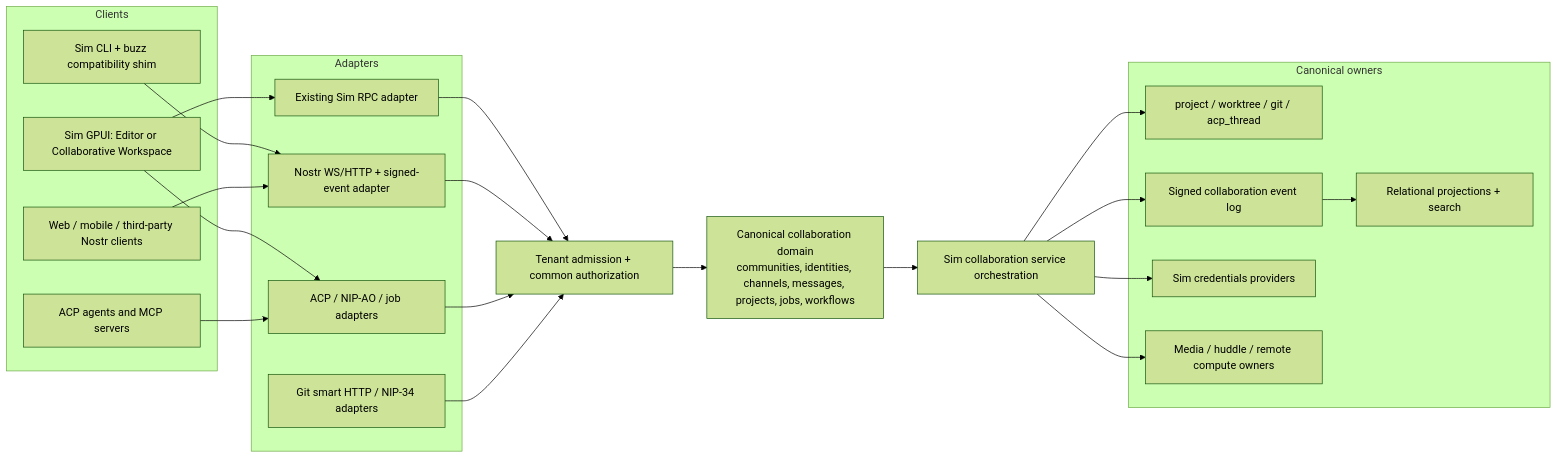
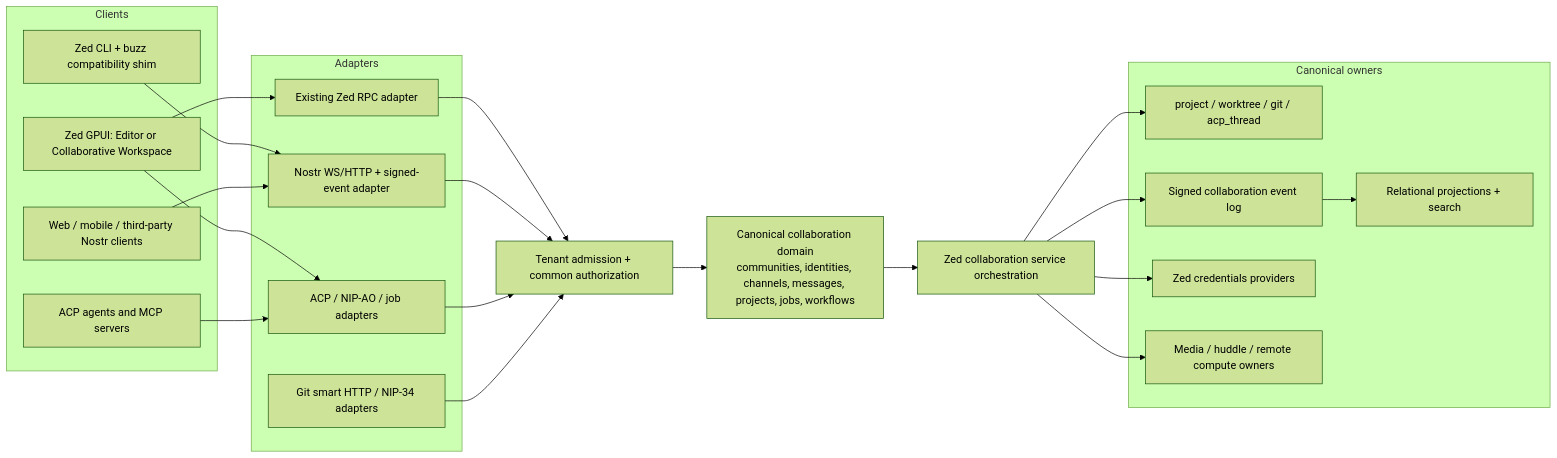
The first of 3 diagrams in .agents/specs/collaborative-workspace/design.md (imagineerings/xor), drawn with Mermaid (forest theme) before and after one commit. The commit also changed other lines of this file and 2547 other files, not shown here.

````diff
--- a/.agents/specs/collaborative-workspace/design.md
+++ b/.agents/specs/collaborative-workspace/design.md
@@ -21,45 +21,45 @@
 ```mermaid
 flowchart LR
     subgraph Clients
-        GPUI["Sim GPUI: Editor or Collaborative Workspace"]
-        CLI["Sim CLI + buzz compatibility shim"]
+        GPUI["Zed GPUI: Editor or Collaborative Workspace"]
+        CLI["Zed CLI + buzz compatibility shim"]
         WEB["Web / mobile / third-party Nostr clients"]
         AGENT["ACP agents and MCP servers"]
     end
 
     subgraph Adapters
-        RPC["Existing Sim RPC adapter"]
+        RPC["Existing Zed RPC adapter"]
         NOSTR["Nostr WS/HTTP + signed-event adapter"]
         ACP["ACP / NIP-AO / job adapters"]
         GITWIRE["Git smart HTTP / NIP-34 adapters"]
     end
 
     DOMAIN["Canonical collaboration domain\ncommunities, identities, channels, messages, projects, jobs, workflows"]
     AUTH["Tenant admission + common authorization"]
-    SERVICE["Sim collaboration service orchestration"]
+    SERVICE["Zed collaboration service orchestration"]
 
     subgraph Canonical owners
         LOCAL["project / worktree / git / acp_thread"]
         EVENTLOG["Signed collaboration event log"]
         PROJ["Relational projections + search"]
-        CREDS["Sim credentials providers"]
+        CREDS["Zed credentials providers"]
         MEDIA["Media / huddle / remote compute owners"]
     end
 
     GPUI --> RPC
     GPUI --> ACP
     CLI --> NOSTR
     WEB --> NOSTR
     AGENT --> ACP
     RPC --> AUTH
     NOSTR --> AUTH
     ACP --> AUTH
     GITWIRE --> AUTH
     AUTH --> DOMAIN
     DOMAIN --> SERVICE
     SERVICE --> LOCAL
     SERVICE --> EVENTLOG
     EVENTLOG --> PROJ
     SERVICE --> CREDS
     SERVICE --> MEDIA
 ```
````
